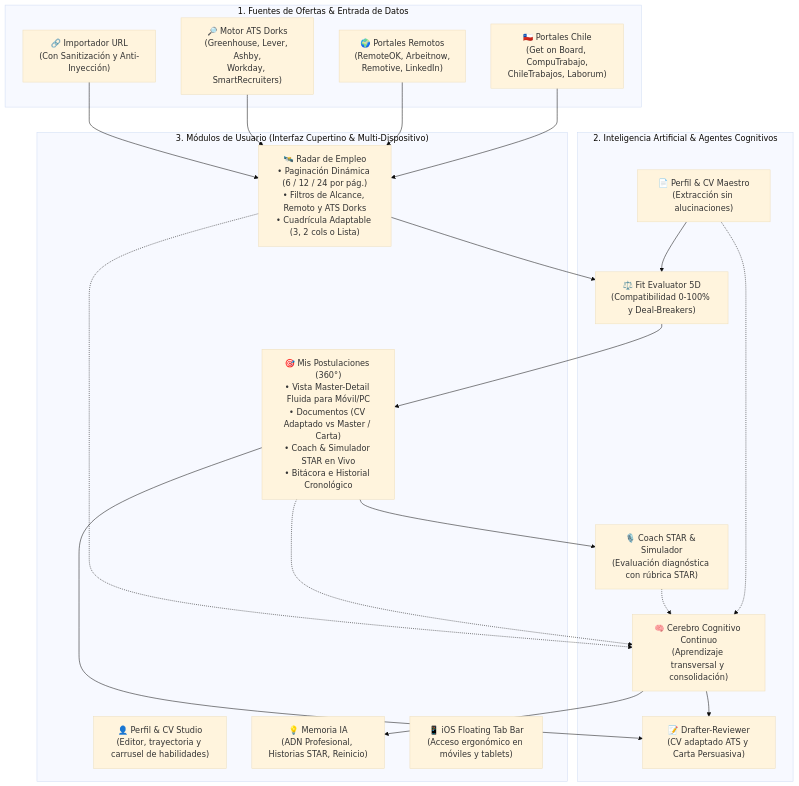
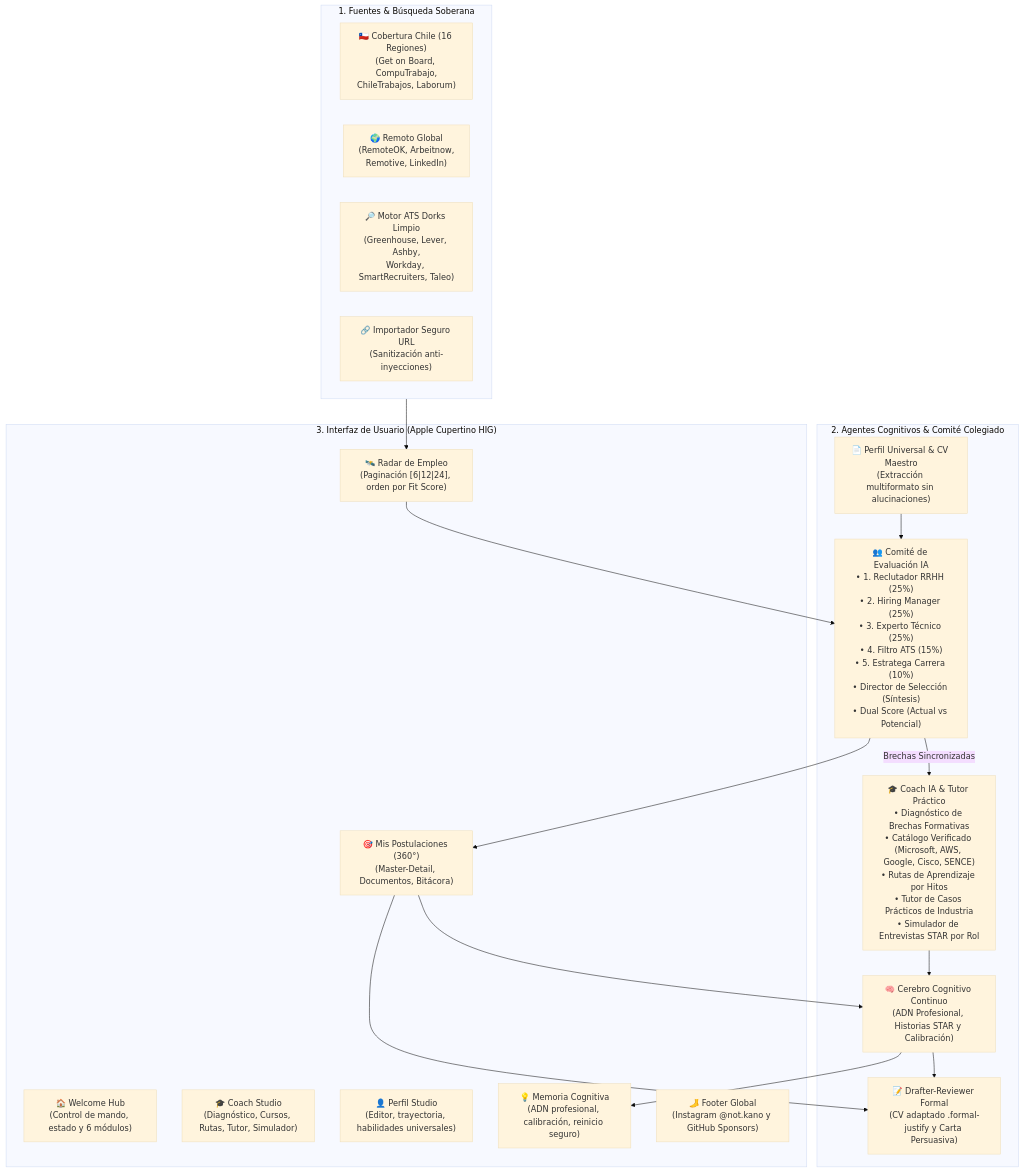
One commit to alejandroham/Oportia.jobs changed the diagram in README.md. Above: the diagram before and after it, drawn with Mermaid (base theme). The commit also changed other lines of this file and 18 other files, not shown here.

Commit message:
feat: Comite de Evaluacion IA, Coach IA, Footer con Sponsor e Instagram, Manual de Usuario y actualizacion de WelcomeHub

````diff
--- a/README.md
+++ b/README.md
@@ -9,45 +32,38 @@
 ```mermaid
 flowchart TD
-    subgraph Entrada ["1. Fuentes de Ofertas & Entrada de Datos"]
-        Chile["🇨🇱 Portales Chile\n(Get on Board, CompuTrabajo,\nChileTrabajos, Laborum)"]
-        Global["🌍 Portales Remotos\n(RemoteOK, Arbeitnow,\nRemotive, LinkedIn)"]
-        Dorks["🔎 Motor ATS Dorks\n(Greenhouse, Lever, Ashby,\nWorkday, SmartRecruiters)"]
-        URL["🔗 Importador URL\n(Con Sanitización y Anti-Inyección)"]
+    subgraph Fuentes ["1. Fuentes & Búsqueda Soberana"]
+        Chile["🇨🇱 Cobertura Chile (16 Regiones)\n(Get on Board, CompuTrabajo,\nChileTrabajos, Laborum)"]
+        Global["🌍 Remoto Global\n(RemoteOK, Arbeitnow,\nRemotive, LinkedIn)"]
+        Dorks["🔎 Motor ATS Dorks Limpio\n(Greenhouse, Lever, Ashby,\nWorkday, SmartRecruiters, Taleo)"]
+        URL["🔗 Importador Seguro URL\n(Sanitización anti-inyecciones)"]
     end
 
-    subgraph Nucleo ["2. Inteligencia Artificial & Agentes Cognitivos"]
-        Profile["📄 Perfil & CV Maestro\n(Extracción sin alucinaciones)"]
-        Fit["⚖️ Fit Evaluator 5D\n(Compatibilidad 0-100% y Deal-Breakers)"]
-        Drafter["📝 Drafter-Reviewer\n(CV adaptado ATS y Carta Persuasiva)"]
-        Coach["🎙️ Coach STAR & Simulador\n(Evaluación diagnóstica con rúbrica STAR)"]
-        MemoryEngine["🧠 Cerebro Cognitivo Continuo\n(Aprendizaje transversal y consolidación)"]
+    subgraph Inteligencia ["2. Agentes Cognitivos & Comité Colegiado"]
+        Profile["📄 Perfil Universal & CV Maestro\n(Extracción multiformato sin alucinaciones)"]
+        Committee["👥 Comité de Evaluación IA\n• 1. Reclutador RRHH (25%)\n• 2. Hiring Manager (25%)\n• 3. Experto Técnico (25%)\n• 4. Filtro ATS (15%)\n• 5. Estratega Carrera (10%)\n• Director de Selección (Síntesis)\n• Dual Score (Actual vs Potencial)"]
+        CoachIA["🎓 Coach IA & Tutor Práctico\n• Diagnóstico de Brechas Formativas\n• Catálogo Verificado (Microsoft, AWS, Google, Cisco, SENCE)\n• Rutas de Aprendizaje por Hitos\n• Tutor de Casos Prácticos de Industria\n• Simulador de Entrevistas STAR por Rol"]
+        Drafter["📝 Drafter-Reviewer Formal\n(CV adaptado .formal-justify y Carta Persuasiva)"]
+        MemoryEngine["🧠 Cerebro Cognitivo Continuo\n(ADN Profesional, Historias STAR y Calibración)"]
     end
 
-    subgraph Presentacion ["3. Módulos de Usuario (Interfaz Cupertino & Multi-Dispositivo)"]
-        RadarUI["🛰️ Radar de Empleo\n• Paginación Dinámica (6 / 12 / 24 por pág.)\n• Filtros de Alcance, Remoto y ATS Dorks\n• Cuadrícula Adaptable (3, 2 cols o Lista)"]
-        TrackerUI["🎯 Mis Postulaciones (360°)\n• Vista Master-Detail Fluida para Móvil/PC\n• Documentos (CV Adaptado vs Master / Carta)\n• Coach & Simulador STAR en Vivo\n• Bitácora e Historial Cronológico"]
-        ProfileUI["👤 Perfil & CV Studio\n(Editor, trayectoria y carrusel de habilidades)"]
-        MemoryUI["💡 Memoria IA\n(ADN Profesional, Historias STAR, Reinicio)"]
-        MobileNav["📱 iOS Floating Tab Bar\n(Acceso ergonómico en móviles y tablets)"]
+    subgraph Presentacion ["3. Interfaz de Usuario (Apple Cupertino HIG)"]
+        WelcomeUI["🏠 Welcome Hub\n(Control de mando, estado y 6 módulos)"]
+        RadarUI["🛰️ Radar de Empleo\n(Paginación [6|12|24], orden por Fit Score)"]
+        TrackerUI["🎯 Mis Postulaciones (360°)\n(Master-Detail, Documentos, Bitácora)"]
+        CoachUI["🎓 Coach Studio\n(Diagnóstico, Cursos, Rutas, Tutor, Simulador)"]
+        ProfileUI["👤 Perfil Studio\n(Editor, trayectoria, habilidades universales)"]
+        MemoryUI["💡 Memoria Cognitiva\n(ADN profesional, calibración, reinicio seguro)"]
+        FooterUI["🦶 Footer Global\n(Instagram @not.kano y GitHub Sponsors)"]
     end
 
-    Chile --> RadarUI
-    Global --> RadarUI
-    Dorks --> RadarUI
-    URL --> RadarUI
-
-    Profile --> Fit
-    RadarUI --> Fit
-    Fit --> TrackerUI
-
+    Fuentes --> RadarUI
+    Profile --> Committee
+    RadarUI --> Committee
+    Committee -->|Brechas Sincronizadas| CoachIA
+    Committee --> TrackerUI
     TrackerUI --> Drafter
-    TrackerUI --> Coach
-
-    Profile -.-> MemoryEngine
-    TrackerUI -.-> MemoryEngine
-    RadarUI -.-> MemoryEngine
-    Coach -.-> MemoryEngine
-
+    CoachIA --> MemoryEngine
+    TrackerUI --> MemoryEngine
     MemoryEngine --> Drafter
     MemoryEngine --> MemoryUI
 ```
````
